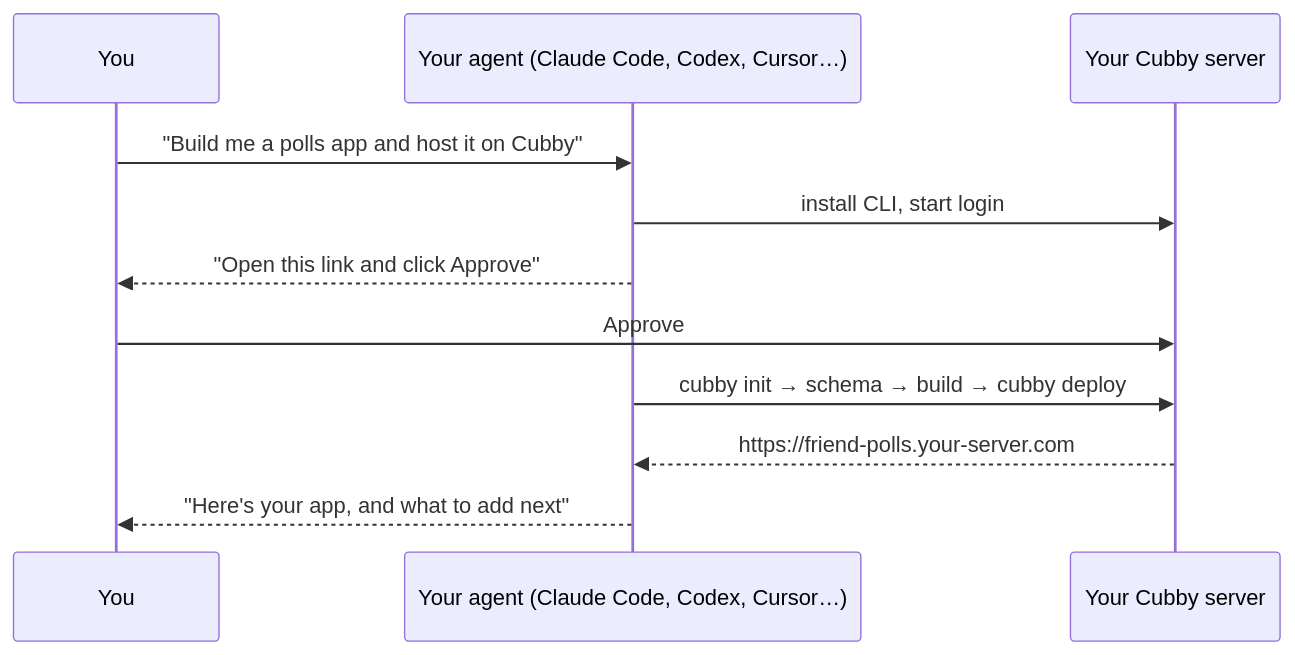
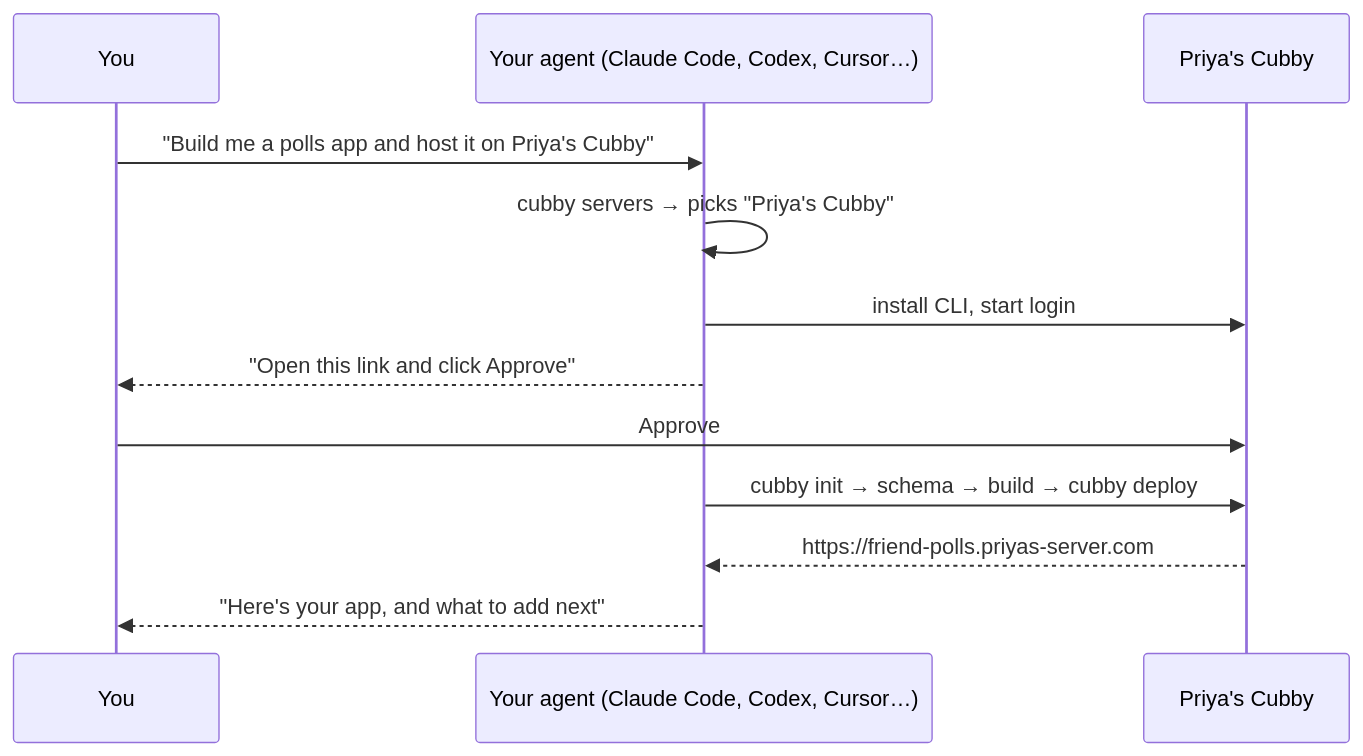
One commit to chaitanyadukkipaty/cubby changed the first of 3 diagrams in README.md. Above: the diagram before and after it, drawn with Mermaid. The commit also changed other lines of this file and 7 other files, not shown here.

````diff
--- a/README.md
+++ b/README.md
@@ -39,13 +41,14 @@
 ```mermaid
 sequenceDiagram
     participant You
     participant Agent as Your agent (Claude Code, Codex, Cursor…)
-    participant Cubby as Your Cubby server
-    You->>Agent: "Build me a polls app and host it on Cubby"
+    participant Cubby as Priya's Cubby
+    You->>Agent: "Build me a polls app and host it on Priya's Cubby"
+    Agent->>Agent: cubby servers → picks "Priya's Cubby"
     Agent->>Cubby: install CLI, start login
     Agent-->>You: "Open this link and click Approve"
     You->>Cubby: Approve
     Agent->>Cubby: cubby init → schema → build → cubby deploy
-    Cubby-->>Agent: https://friend-polls.your-server.com
+    Cubby-->>Agent: https://friend-polls.priyas-server.com
     Agent-->>You: "Here's your app, and what to add next"
 ```
````
